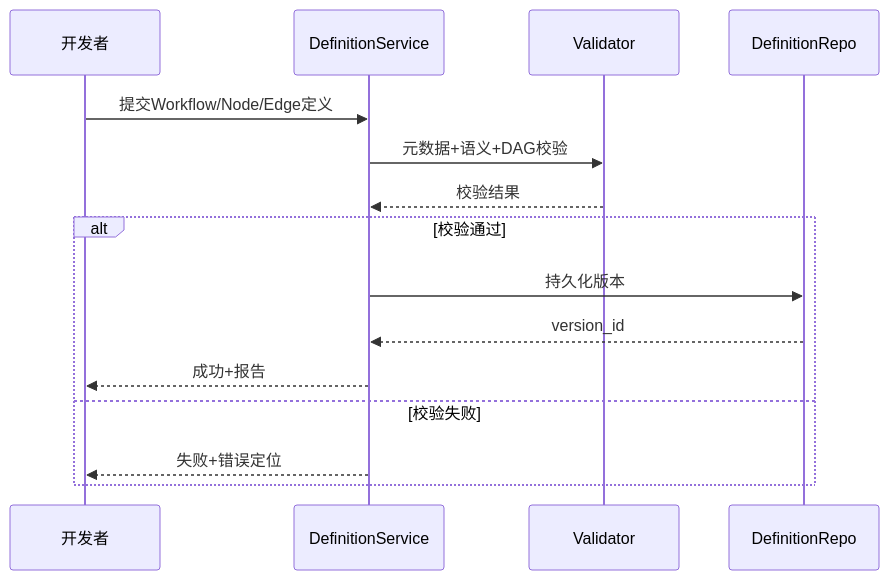
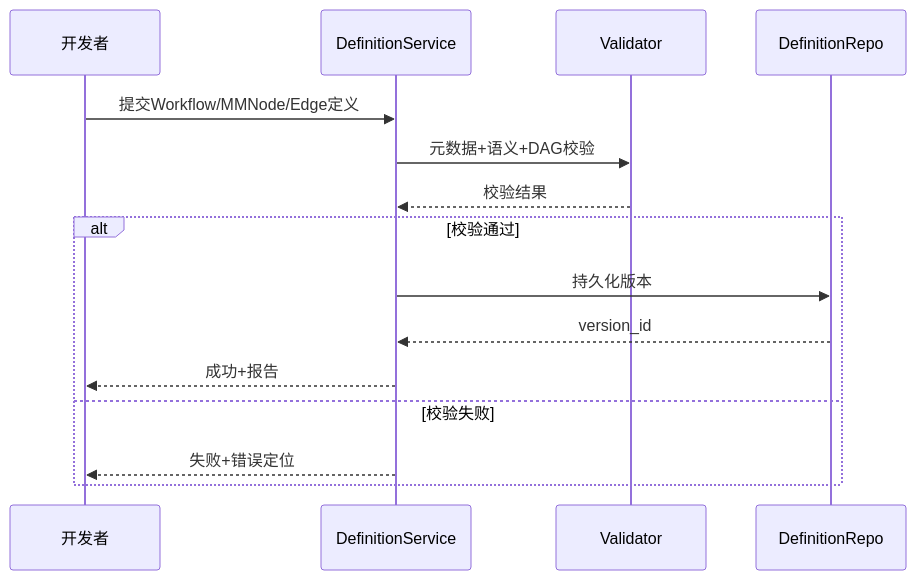
Before and after one commit to xyz11274/agentf: the first of 17 diagrams in docs/REQUIREMENTS_ANALYSIS.md, drawn with Mermaid. The commit also changed other lines of this file and 106 other files, not shown here.

````diff
--- a/docs/REQUIREMENTS_ANALYSIS.md
+++ b/docs/REQUIREMENTS_ANALYSIS.md
@@ -127,17 +127,17 @@
 ```mermaid
 sequenceDiagram
     participant Dev as 开发者
     participant Def as DefinitionService
     participant Val as Validator
     participant Repo as DefinitionRepo
-    Dev->>Def: 提交Workflow/Node/Edge定义
+    Dev->>Def: 提交Workflow/MMNode/Edge定义
     Def->>Val: 元数据+语义+DAG校验
     Val-->>Def: 校验结果
     alt 校验通过
         Def->>Repo: 持久化版本
         Repo-->>Def: version_id
         Def-->>Dev: 成功+报告
     else 校验失败
         Def-->>Dev: 失败+错误定位
     end
 ```
````
